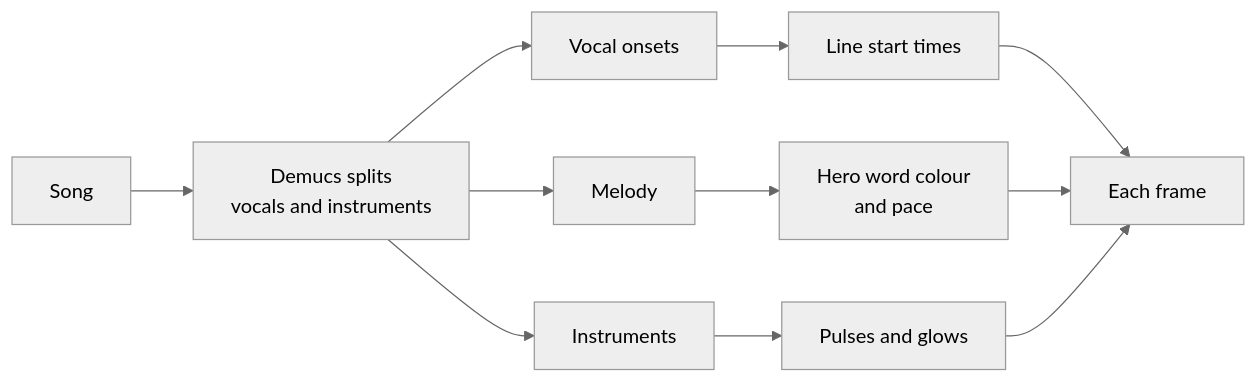
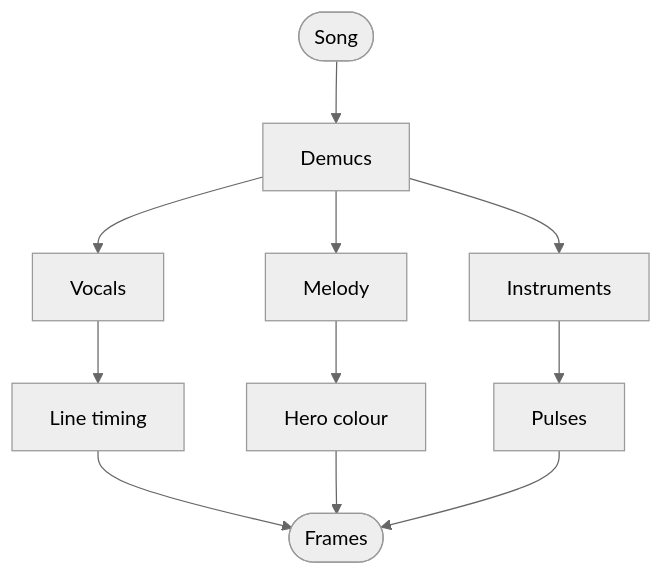
The second of 2 diagrams in README.md (joncastillo/Kinetic_Lyrics), drawn with Mermaid (neutral theme) before and after one commit. The commit also changed other lines of this file and 1 other file, not shown here.

First line of the commit message:
Shorten diagram labels so GitHub does not clip them

````diff
--- a/README.md
+++ b/README.md
@@ -146,8 +146,8 @@
 ```mermaid
-flowchart LR
-    S[Song] --> D[Demucs splits<br/>vocals and instruments]
-    D --> O[Vocal onsets] --> T[Line start times]
-    D --> M[Melody] --> H[Hero word colour<br/>and pace]
-    D --> I[Instruments] --> P[Pulses and glows]
-    T & H & P --> R[Each frame]
+flowchart TD
+    S([Song]) --> D[Demucs]
+    D --> O[Vocals] --> T[Line timing]
+    D --> M[Melody] --> H[Hero colour]
+    D --> I[Instruments] --> P[Pulses]
+    T & H & P --> R([Frames])
 ```
````
